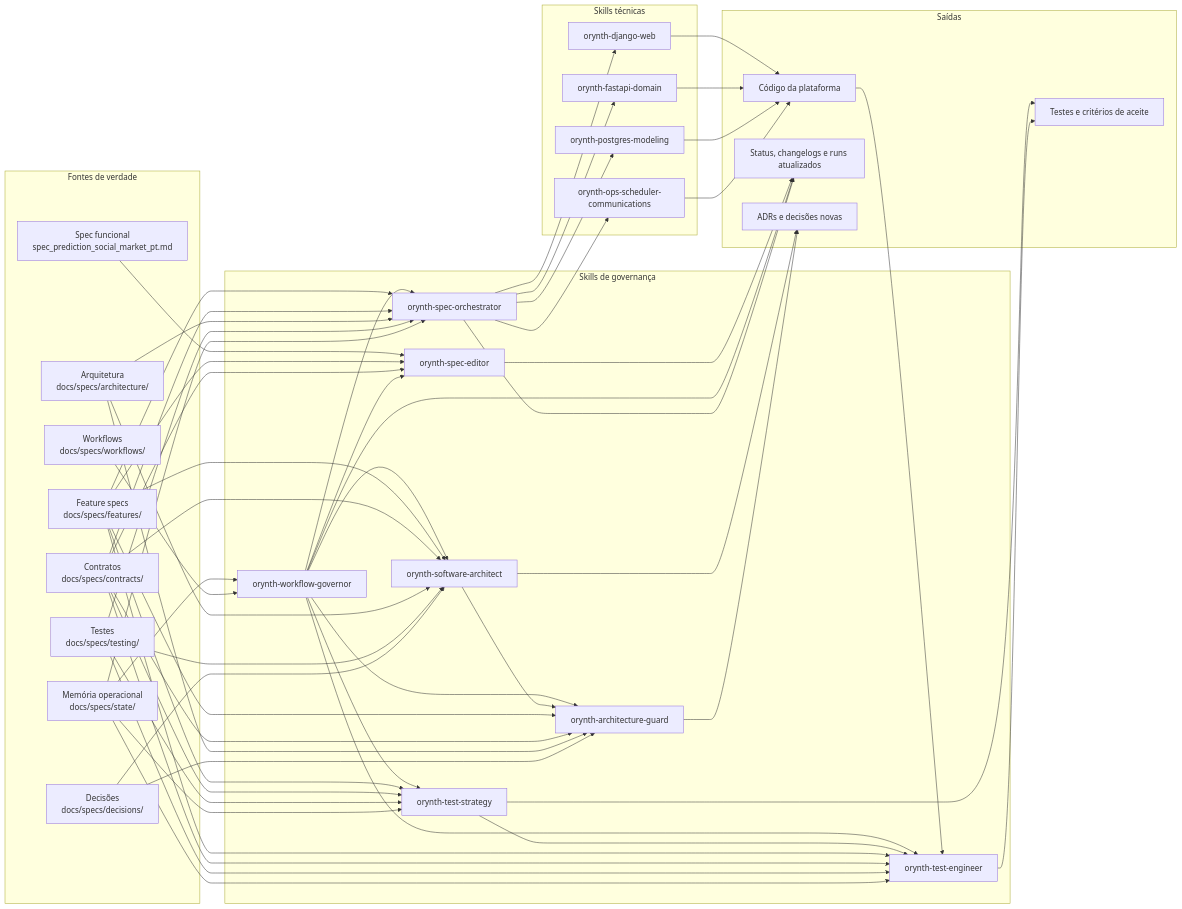
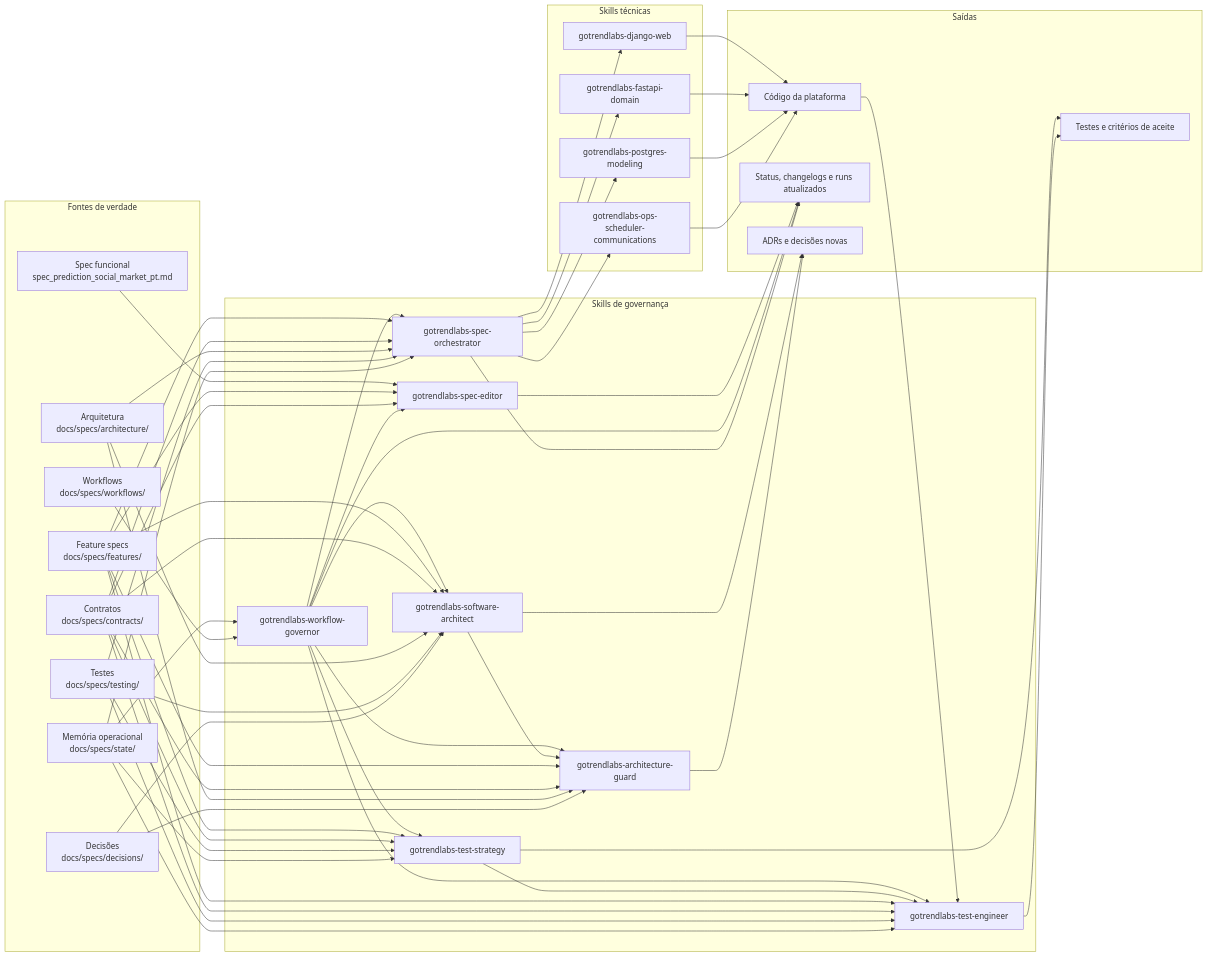
The first of 2 diagrams in docs/guides/ia-spec-workflow.md (wscardua/gotrendlabs), drawn with Mermaid before and after one commit. The commit also changed other lines of this file and 348 other files, not shown here.

```diff
--- a/docs/guides/ia-spec-workflow.md
+++ b/docs/guides/ia-spec-workflow.md
@@ -64,20 +64,20 @@
     end
 
     subgraph GOV["Skills de governança"]
-        WG["orynth-workflow-governor"]
-        SE["orynth-spec-editor"]
-        SA["orynth-software-architect"]
-        AG["orynth-architecture-guard"]
-        TS["orynth-test-strategy"]
-        TE["orynth-test-engineer"]
-        SO["orynth-spec-orchestrator"]
+        WG["gotrendlabs-workflow-governor"]
+        SE["gotrendlabs-spec-editor"]
+        SA["gotrendlabs-software-architect"]
+        AG["gotrendlabs-architecture-guard"]
+        TS["gotrendlabs-test-strategy"]
+        TE["gotrendlabs-test-engineer"]
+        SO["gotrendlabs-spec-orchestrator"]
     end
 
     subgraph STACK["Skills técnicas"]
-        DJ["orynth-django-web"]
-        FA["orynth-fastapi-domain"]
-        PG["orynth-postgres-modeling"]
-        OP["orynth-ops-scheduler-communications"]
+        DJ["gotrendlabs-django-web"]
+        FA["gotrendlabs-fastapi-domain"]
+        PG["gotrendlabs-postgres-modeling"]
+        OP["gotrendlabs-ops-scheduler-communications"]
     end
 
     subgraph OUTPUT["Saídas"]
```
